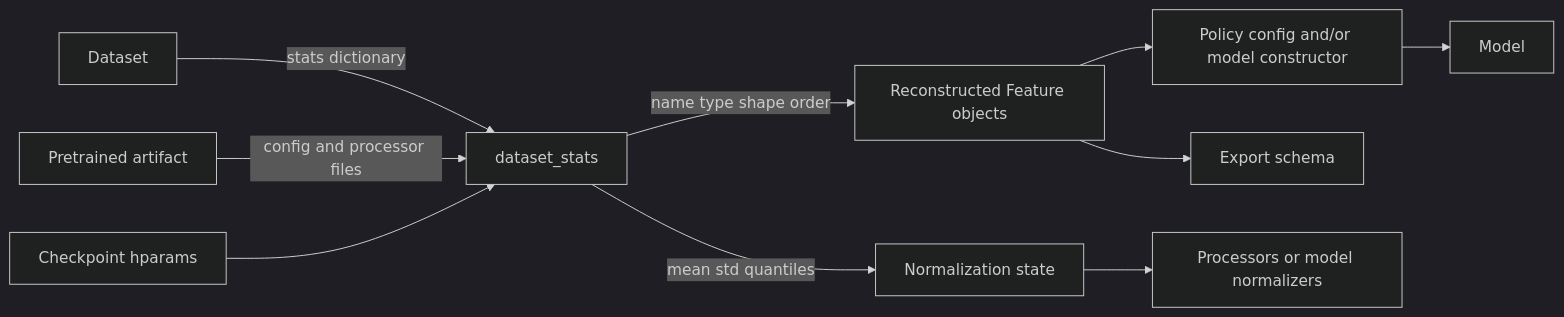
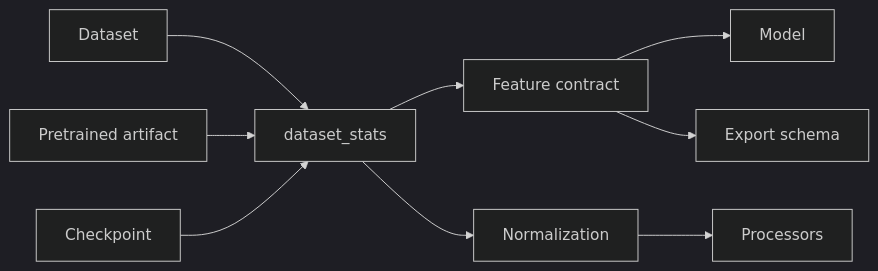
Before and after one commit to alfieroddan/physical-ai-studio: the second of 6 diagrams in library/docs/explanation/policy/current-policies.md, drawn with Mermaid (dark theme). The commit also changed other lines of this file and 8 other files, not shown here.

````diff
--- a/library/docs/explanation/policy/current-policies.md
+++ b/library/docs/explanation/policy/current-policies.md
@@ -159,13 +106,11 @@
 ```mermaid
 flowchart LR
-    D[Dataset] -->|stats dictionary| S[dataset_stats]
-    H[Pretrained artifact] -->|config and processor files| S
-    CK[Checkpoint hparams] --> S
-
-    S -->|name type shape order| F[Reconstructed Feature objects]
-    S -->|mean std quantiles| N[Normalization state]
-    F --> C[Policy config and/or model constructor]
+    D[Dataset] --> S[dataset_stats]
+    H[Pretrained artifact] --> S
+    C[Checkpoint] --> S
+    S --> F[Feature contract]
+    S --> N[Normalization]
+    F --> M[Model]
     F --> E[Export schema]
-    N --> P[Processors or model normalizers]
-    C --> M[Model]
+    N --> P[Processors]
 ```
````
